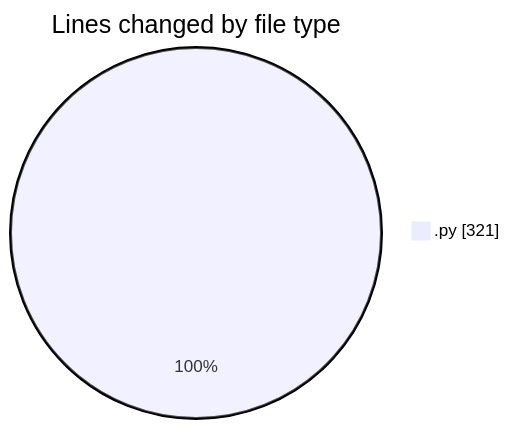
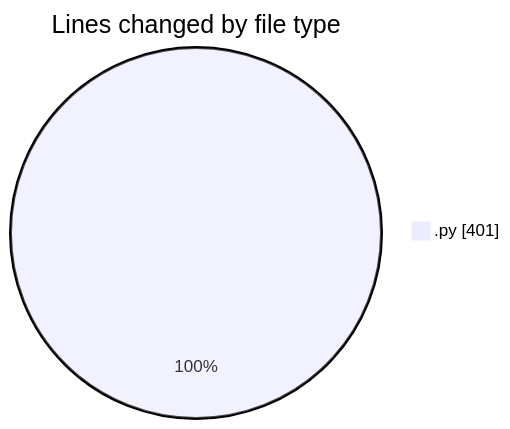
Before and after one commit to julien-gomy/code-tracking: the first of 2 diagrams in 2025-10-17/eventscop-api-guide__workspace_/README.md, drawn with Mermaid. The commit also changed other lines of this file and 1 other file, not shown here.

````diff
--- a/2025-10-17/eventscop-api-guide__workspace_/README.md
+++ b/2025-10-17/eventscop-api-guide__workspace_/README.md
@@ -23,5 +23,5 @@
 ```mermaid
 pie showData
 title Lines changed by file type
-".py" : 321
+".py" : 401
 ```
````
